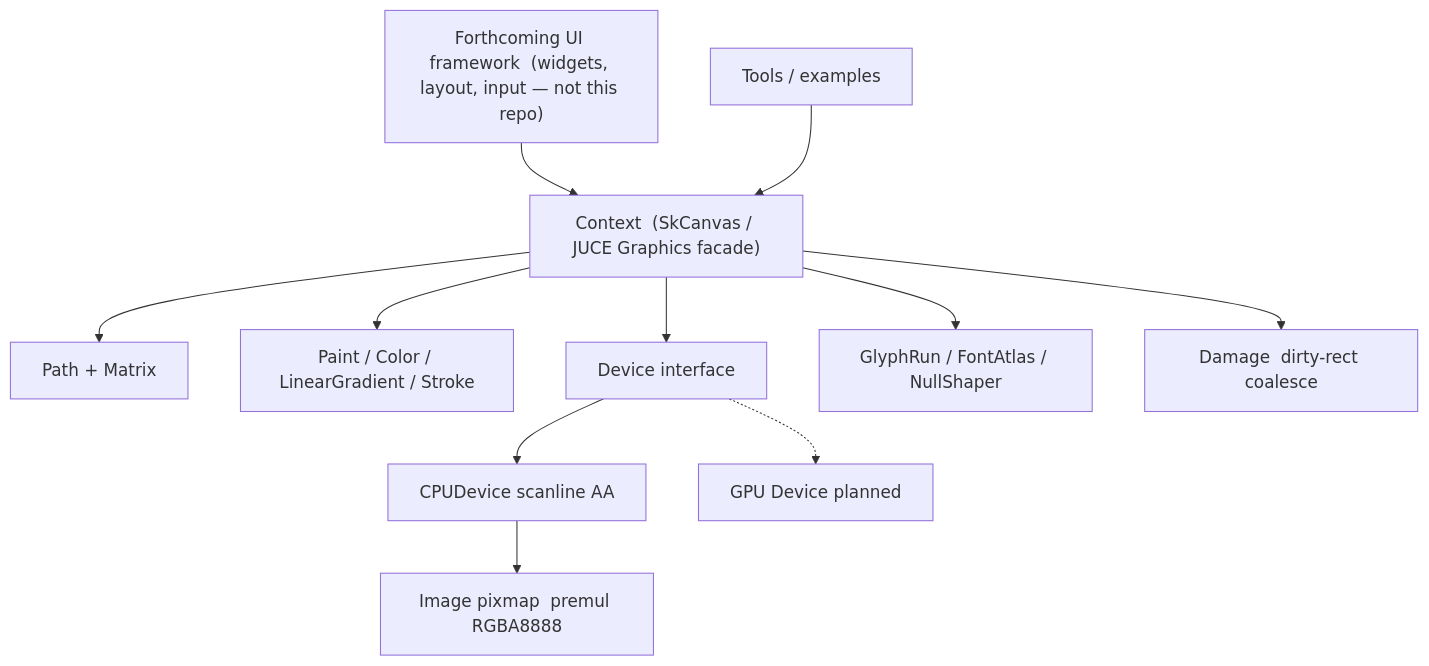
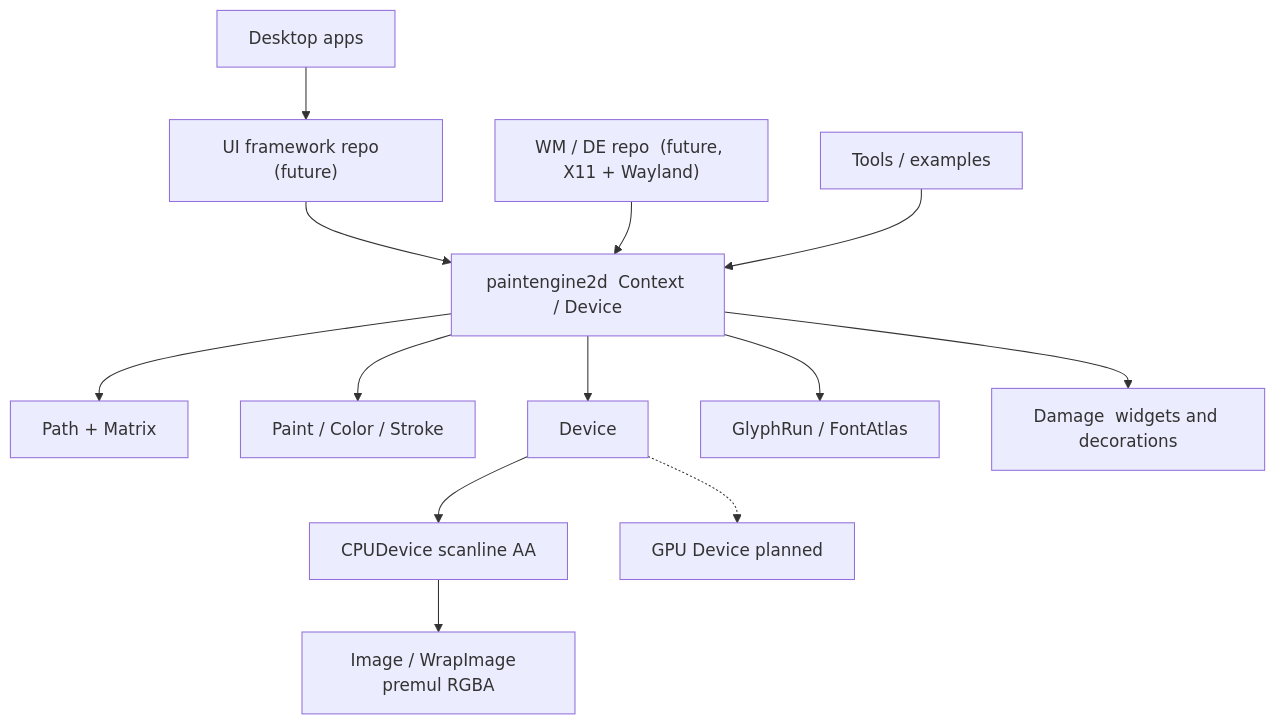
One commit to codemodify/paintengine2d changed the diagram in README.md. Above: the diagram before and after it, drawn with Mermaid. The commit also changed other lines of this file and 13 other files, not shown here.

````diff
--- a/README.md
+++ b/README.md
@@ -127,13 +163,15 @@
 ```mermaid
 flowchart TB
-    Fw["Forthcoming UI framework  (widgets, layout, input — not this repo)"] --> Ctx["Context  (SkCanvas / JUCE Graphics facade)"]
-    App["Tools / examples"] --> Ctx
-    Ctx --> Path["Path + Matrix"]
-    Ctx --> Paint["Paint / Color / LinearGradient / Stroke"]
-    Ctx --> Dev["Device interface"]
+    Apps["Desktop apps"] --> Fw["UI framework repo  (future)"]
+    Fw --> Eng["paintengine2d  Context / Device"]
+    WM["WM / DE repo  (future, X11 + Wayland)"] --> Eng
+    Tools["Tools / examples"] --> Eng
+    Eng --> Path["Path + Matrix"]
+    Eng --> Paint["Paint / Color / Stroke"]
+    Eng --> Dev["Device"]
     Dev --> CPU["CPUDevice  scanline AA"]
     Dev -.-> GPU["GPU Device  planned"]
-    CPU --> Pix["Image pixmap  premul RGBA8888"]
-    Ctx --> Text["GlyphRun / FontAtlas / NullShaper"]
-    Ctx --> Dmg["Damage  dirty-rect coalesce"]
+    CPU --> Pix["Image / WrapImage  premul RGBA"]
+    Eng --> Text["GlyphRun / FontAtlas"]
+    Eng --> Dmg["Damage  widgets and decorations"]
 ```
````
